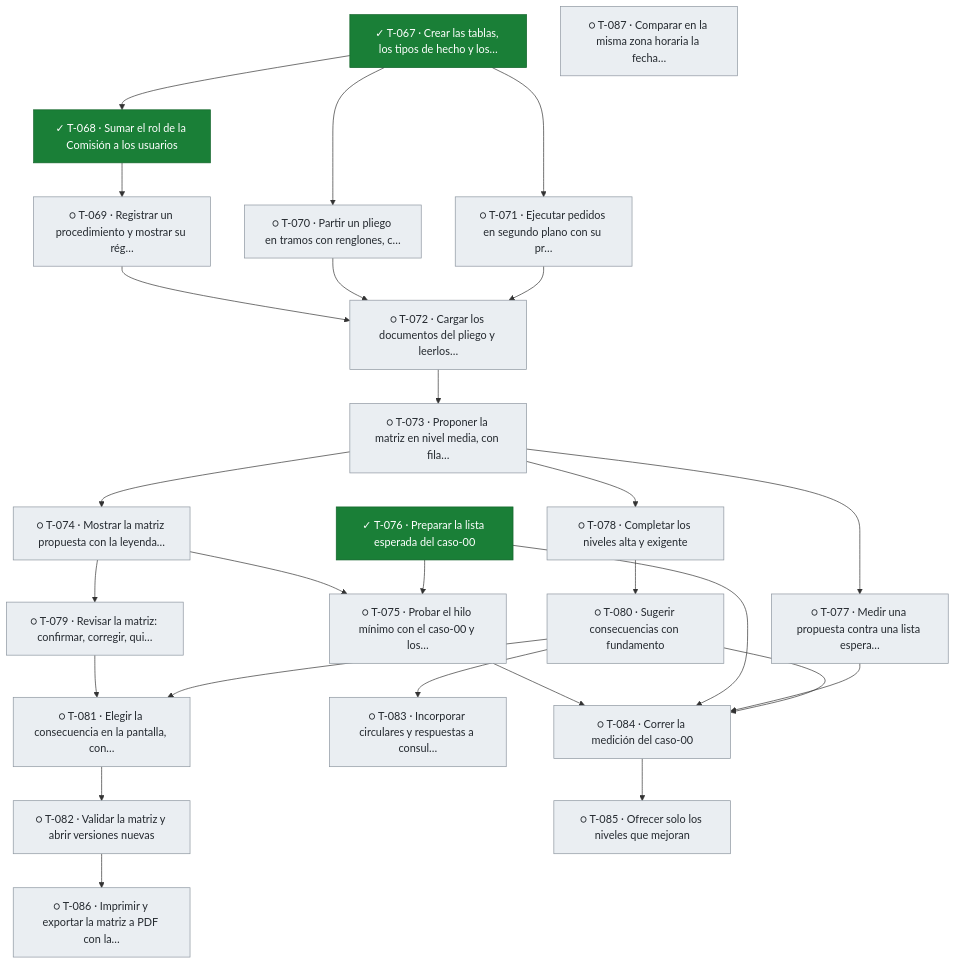
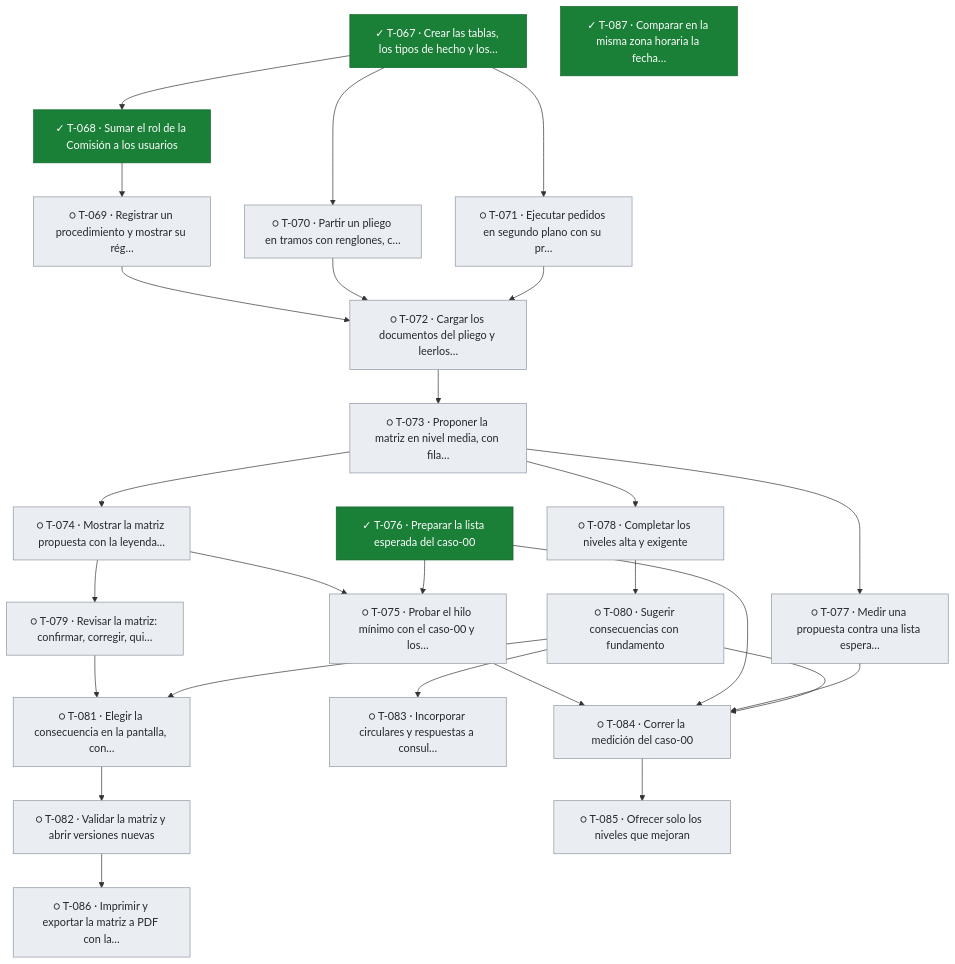
The fifth of 5 diagrams in docs/tablero.md (snavello/EVALUON), drawn with Mermaid before and after one commit. The commit also changed other lines of this file and 1 other file, not shown here.

````diff
--- a/docs/tablero.md
+++ b/docs/tablero.md
@@ -400,54 +400,54 @@
 ```mermaid
 flowchart TD
   T067["✓ T-067 · Crear las tablas, los tipos de hecho y los…"]:::done
   T068["✓ T-068 · Sumar el rol de la Comisión a los usuarios"]:::done
   T069["○ T-069 · Registrar un procedimiento y mostrar su rég…"]:::todo
   T070["○ T-070 · Partir un pliego en tramos con renglones, c…"]:::todo
   T071["○ T-071 · Ejecutar pedidos en segundo plano con su pr…"]:::todo
   T072["○ T-072 · Cargar los documentos del pliego y leerlos…"]:::todo
   T073["○ T-073 · Proponer la matriz en nivel media, con fila…"]:::todo
   T074["○ T-074 · Mostrar la matriz propuesta con la leyenda…"]:::todo
   T075["○ T-075 · Probar el hilo mínimo con el caso-00 y los…"]:::todo
   T076["✓ T-076 · Preparar la lista esperada del caso-00"]:::done
   T077["○ T-077 · Medir una propuesta contra una lista espera…"]:::todo
   T078["○ T-078 · Completar los niveles alta y exigente"]:::todo
   T079["○ T-079 · Revisar la matriz: confirmar, corregir, qui…"]:::todo
   T080["○ T-080 · Sugerir consecuencias con fundamento"]:::todo
   T081["○ T-081 · Elegir la consecuencia en la pantalla, con…"]:::todo
   T082["○ T-082 · Validar la matriz y abrir versiones nuevas"]:::todo
   T083["○ T-083 · Incorporar circulares y respuestas a consul…"]:::todo
   T084["○ T-084 · Correr la medición del caso-00"]:::todo
   T085["○ T-085 · Ofrecer solo los niveles que mejoran"]:::todo
   T086["○ T-086 · Imprimir y exportar la matriz a PDF con la…"]:::todo
-  T087["○ T-087 · Comparar en la misma zona horaria la fecha…"]:::todo
+  T087["✓ T-087 · Comparar en la misma zona horaria la fecha…"]:::done
   T067 --> T068
   T068 --> T069
   T067 --> T070
   T067 --> T071
   T069 --> T072
   T070 --> T072
   T071 --> T072
   T072 --> T073
   T073 --> T074
   T074 --> T075
   T076 --> T075
   T073 --> T077
   T073 --> T078
   T074 --> T079
   T078 --> T080
   T079 --> T081
   T080 --> T081
   T081 --> T082
   T080 --> T083
   T075 --> T084
   T076 --> T084
   T077 --> T084
   T080 --> T084
   T084 --> T085
   T082 --> T086
   classDef done fill:#1a7f37,stroke:#116329,color:#ffffff
   classDef review fill:#0969da,stroke:#0550ae,color:#ffffff
   classDef active fill:#bf8700,stroke:#7d4e00,color:#ffffff
   classDef blocked fill:#cf222e,stroke:#a40e26,color:#ffffff
   classDef todo fill:#eaeef2,stroke:#8c959f,color:#24292f
 ```
````
